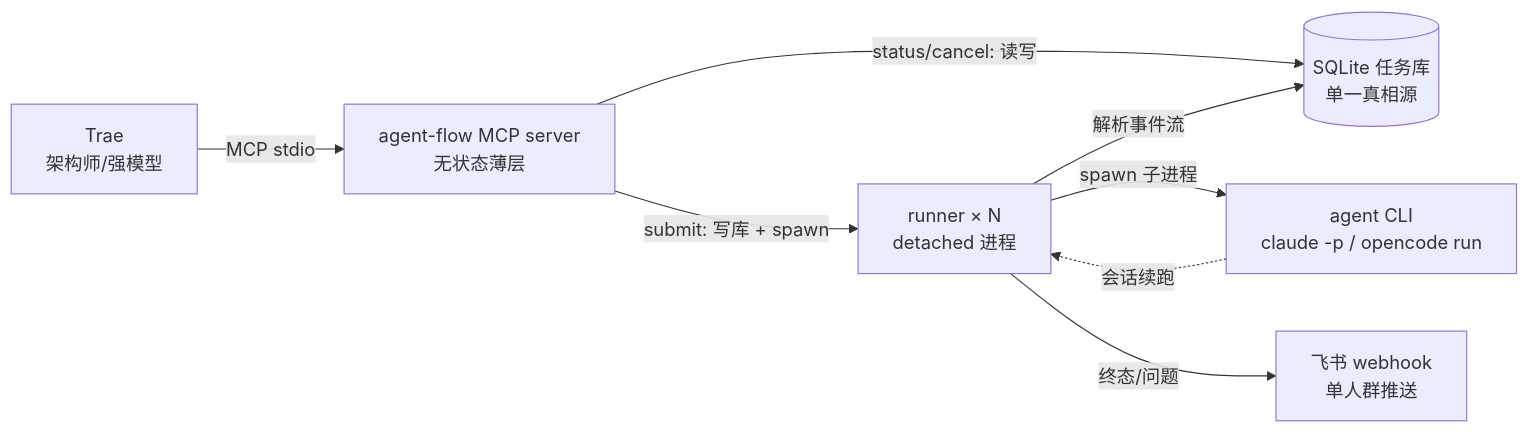
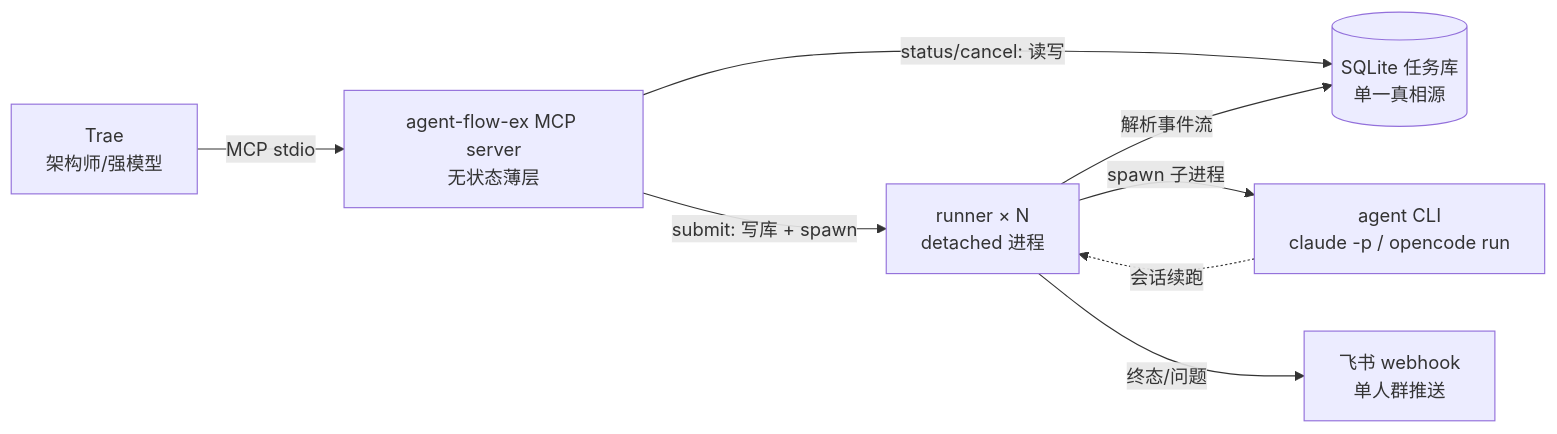
Before and after one commit to wuruofan/agent-flow-ex: the diagram in docs/specs/2026-08-16-project-spec-v2.md, drawn with Mermaid. The commit also changed other lines of this file, not shown here.

First line of the commit message:
chore: rename to agent-flow-ex, set repository private

````diff
--- a/docs/specs/2026-08-16-project-spec-v2.md
+++ b/docs/specs/2026-08-16-project-spec-v2.md
@@ -62,10 +62,10 @@
 ```mermaid
 flowchart LR
-    Trae[Trae<br>架构师/强模型] -->|MCP stdio| S[agent-flow MCP server<br>无状态薄层]
+    Trae[Trae<br>架构师/强模型] -->|MCP stdio| S[agent-flow-ex MCP server<br>无状态薄层]
     S -->|submit: 写库 + spawn| R[runner × N<br>detached 进程]
     S -->|status/cancel: 读写| DB[(SQLite 任务库<br>单一真相源)]
     R -->|解析事件流| DB
     R -->|spawn 子进程| C[agent CLI<br>claude -p / opencode run]
     R -->|终态/问题| F[飞书 webhook<br>单人群推送]
     C -.->|会话续跑| R
 ```
````
